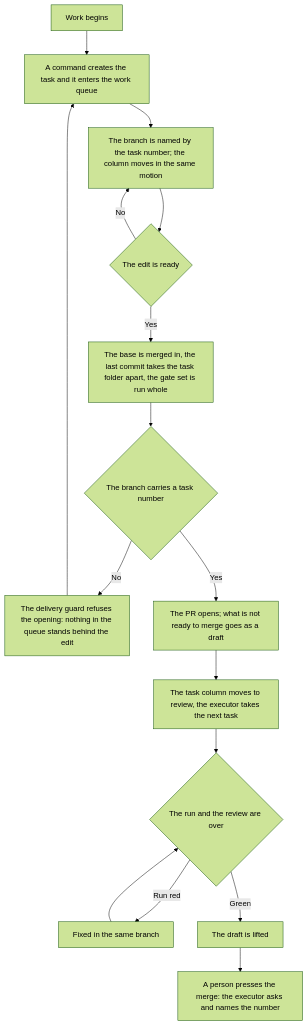
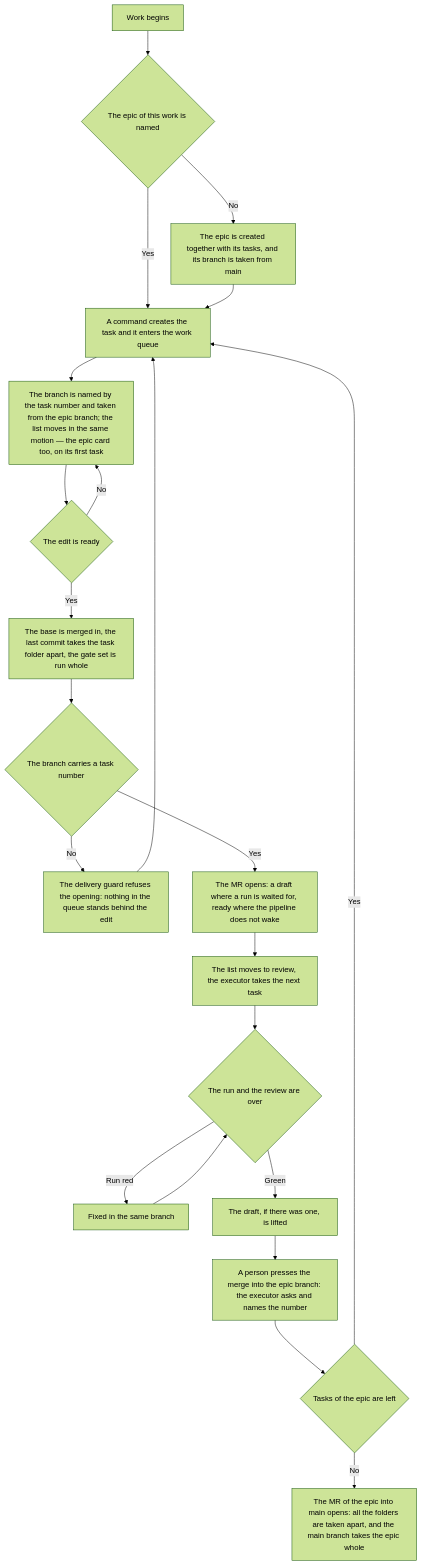
Before and after one commit to Eyhenij/rt-tools: the diagram in projects/agent-kit/assets/rules/git-workflow.gitlab.md, drawn with Mermaid (forest theme). The commit also changed other lines of this file and 7 other files, not shown here.

````diff
--- a/projects/agent-kit/assets/rules/git-workflow.gitlab.md
+++ b/projects/agent-kit/assets/rules/git-workflow.gitlab.md
@@ -44,18 +47,24 @@
 ```mermaid
 flowchart TD
-    A[Work begins] --> B[A command creates the task and it enters the work queue]
-    B --> C[The branch is named by the task number; the column moves in the same motion]
+    A[Work begins] --> Z{The epic of this work is named}
+    Z -->|No| Y[The epic is created together with its tasks, and its branch is taken from main]
+    Z -->|Yes| B[A command creates the task and it enters the work queue]
+    Y --> B
+    B --> C[The branch is named by the task number and taken from the epic branch; the list moves in the same motion — the epic card too, on its first task]
     C --> D{The edit is ready}
     D -->|No| C
     D -->|Yes| E[The base is merged in, the last commit takes the task folder apart, the gate set is run whole]
     E --> F{The branch carries a task number}
     F -->|No| G[The delivery guard refuses the opening: nothing in the queue stands behind the edit]
-    F -->|Yes| H[The PR opens; what is not ready to merge goes as a draft]
-    H --> I[The task column moves to review, the executor takes the next task]
+    F -->|Yes| H[The MR opens: a draft where a run is waited for, ready where the pipeline does not wake]
+    H --> I[The list moves to review, the executor takes the next task]
     I --> J{The run and the review are over}
     J -->|Run red| K[Fixed in the same branch]
     K --> J
-    J -->|Green| L[The draft is lifted]
-    L --> M[A person presses the merge: the executor asks and names the number]
+    J -->|Green| L[The draft, if there was one, is lifted]
+    L --> M[A person presses the merge into the epic branch: the executor asks and names the number]
+    M --> N{Tasks of the epic are left}
+    N -->|Yes| B
+    N -->|No| O[The MR of the epic into main opens: all the folders are taken apart, and the main branch takes the epic whole]
     G --> B
 ```
````
